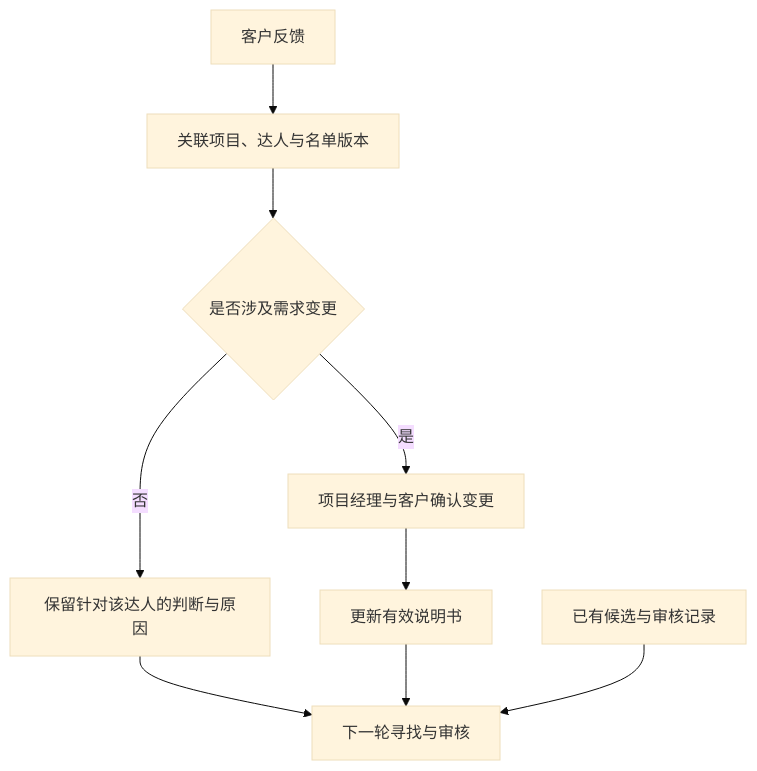
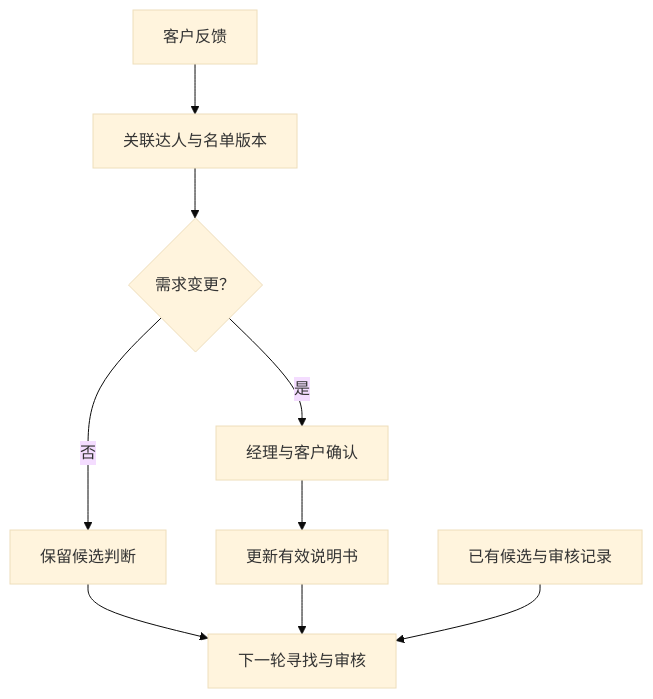
The second of 2 diagrams in content/cases/creator-marketing-delivery.md (cytlabs/personal-site), drawn with Mermaid (base theme) before and after one commit. The commit also changed other lines of this file and 17 other files, not shown here.

Commit message:
统一图表排版与主题并支持大图查看

````diff
--- a/content/cases/creator-marketing-delivery.md
+++ b/content/cases/creator-marketing-delivery.md
@@ -44,11 +46,9 @@
 ```mermaid
 flowchart TD
-    A["客户反馈"] --> B["关联项目、达人与名单版本"]
-    B --> C{"是否涉及需求变更"}
-    C -->|否| D["保留针对该达人的判断与原因"]
-    C -->|是| E["项目经理与客户确认变更"]
-    E --> F["更新有效说明书"]
+    A["客户反馈"] --> B["关联达人与名单版本"] --> C{"需求变更？"}
+    C -->|否| D["保留候选判断"]
+    C -->|是| E["经理与客户确认"] --> F["更新有效说明书"]
     D --> G["下一轮寻找与审核"]
     F --> G
     H["已有候选与审核记录"] --> G
 ```
````
